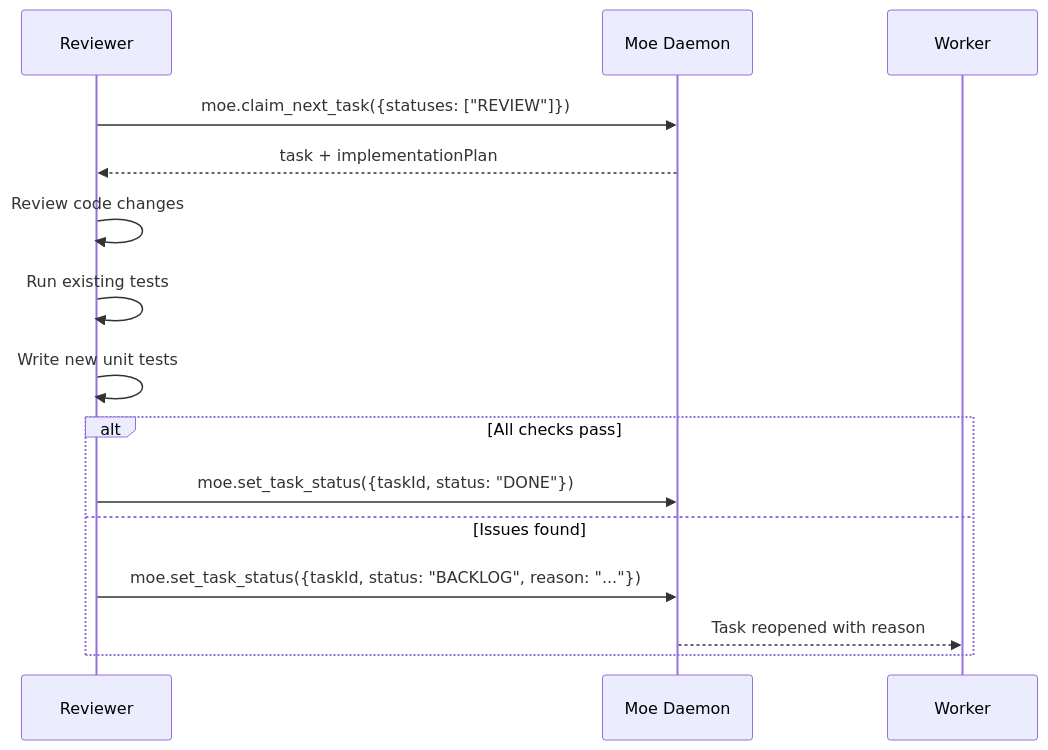
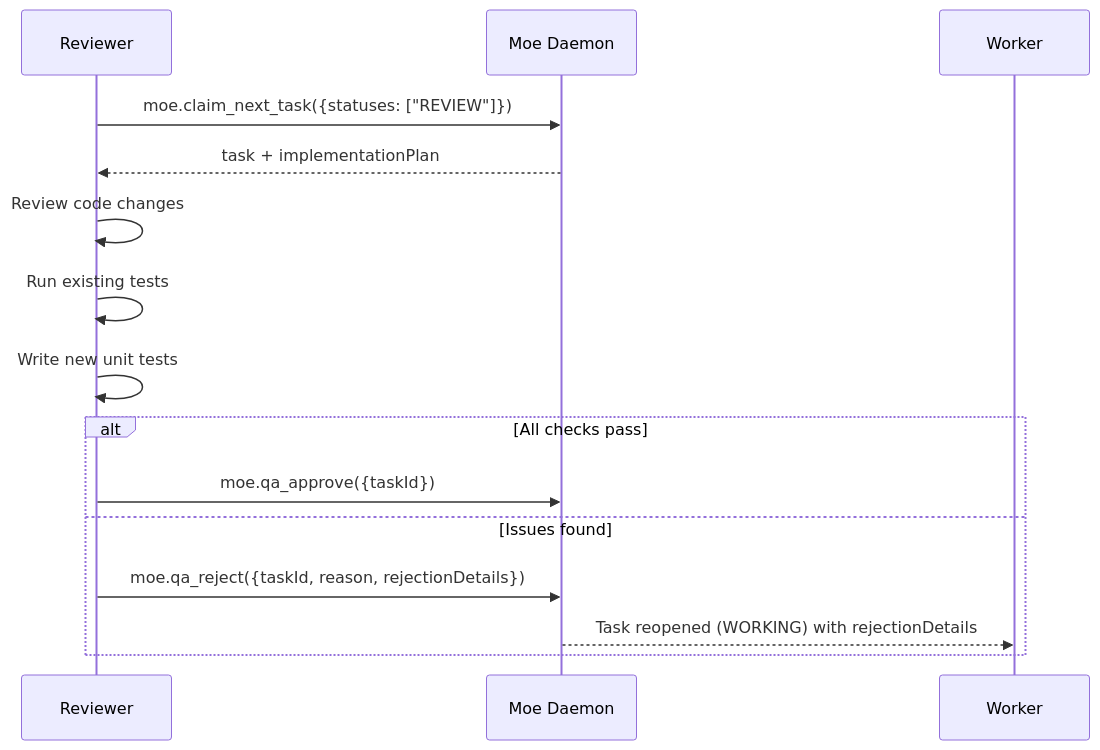
Before and after one commit to yaront1111/Moe-s-Tavern: the second of 2 diagrams in docs/agents/REVIEWER.md, drawn with Mermaid. The commit also changed other lines of this file and 25 other files, not shown here.

````diff
--- a/docs/agents/REVIEWER.md
+++ b/docs/agents/REVIEWER.md
@@ -30,20 +36,20 @@
 ```mermaid
 sequenceDiagram
     participant RV as Reviewer
     participant M as Moe Daemon
     participant W as Worker
 
     RV->>M: moe.claim_next_task({statuses: ["REVIEW"]})
     M-->>RV: task + implementationPlan
 
     RV->>RV: Review code changes
     RV->>RV: Run existing tests
     RV->>RV: Write new unit tests
 
     alt All checks pass
-        RV->>M: moe.set_task_status({taskId, status: "DONE"})
+        RV->>M: moe.qa_approve({taskId})
     else Issues found
-        RV->>M: moe.set_task_status({taskId, status: "BACKLOG", reason: "..."})
-        M-->>W: Task reopened with reason
+        RV->>M: moe.qa_reject({taskId, reason, rejectionDetails})
+        M-->>W: Task reopened (WORKING) with rejectionDetails
     end
 ```
````
